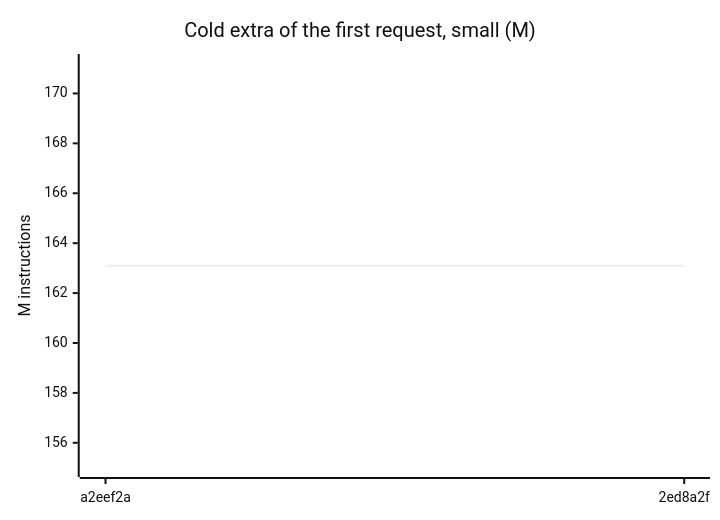
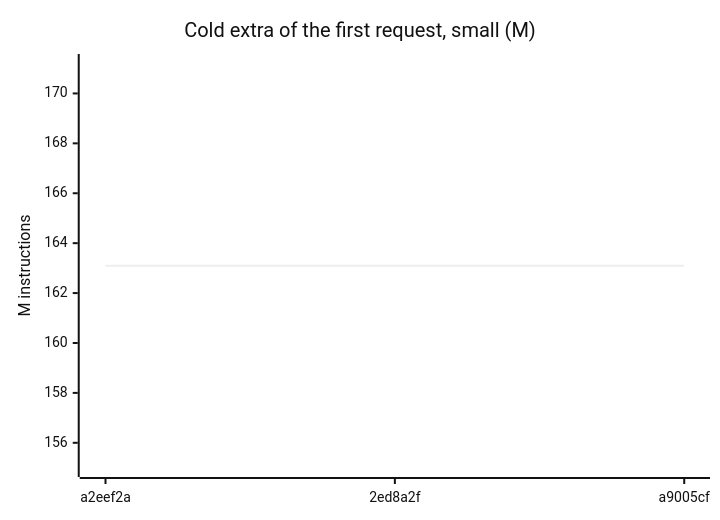
One commit to Karakatiza666/roc-cloudflare-workers changed the second of 7 diagrams in CHART.md. Above: the diagram before and after it, drawn with Mermaid (neutral theme). The commit also changed other lines of this file and 2 other files, not shown here.

````diff
--- a/CHART.md
+++ b/CHART.md
@@ -21,7 +21,7 @@
 ```mermaid
 xychart-beta
     title "Cold extra of the first request, small (M)"
-    x-axis ["a2eef2a", "2ed8a2f"]
+    x-axis ["a2eef2a", "2ed8a2f", "a9005cf"]
     y-axis "M instructions" 154.95 --> 171.26
-    line [163.1, 163.1]
+    line [163.1, 163.1, 163.1]
 ```
````
